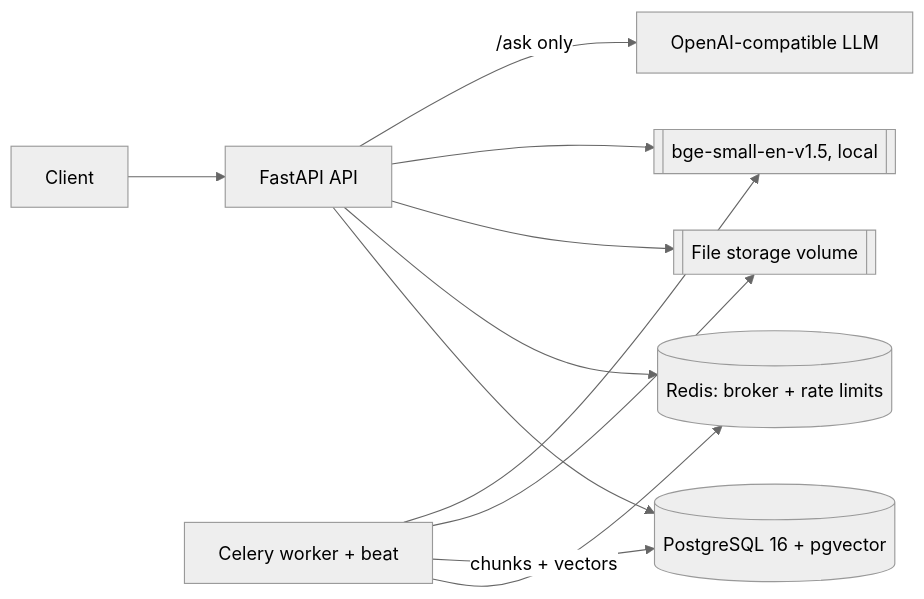
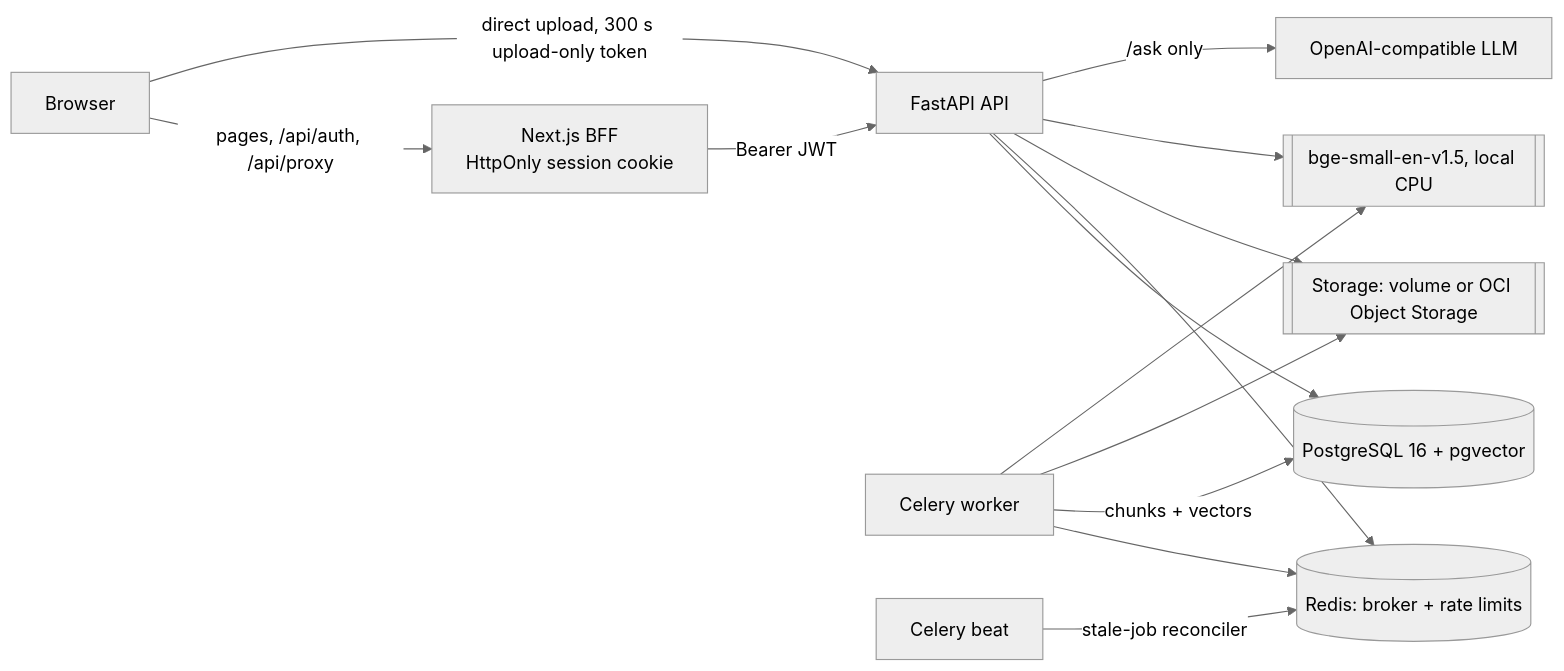
Before and after one commit to shahil5z/document-intelligence-analysis: the diagram in README.md, drawn with Mermaid (neutral theme). The commit also changed other lines of this file and 2 other files, not shown here.

````diff
--- a/README.md
+++ b/README.md
@@ -20,13 +47,16 @@
 ```mermaid
 flowchart LR
-    client[Client] --> api[FastAPI API]
+    user[Browser] -->|pages, /api/auth, /api/proxy| next[Next.js BFF<br/>HttpOnly session cookie]
+    next -->|Bearer JWT| api[FastAPI API]
+    user -->|direct upload, 300 s upload-only token| api
     api --> pg[(PostgreSQL 16 + pgvector)]
     api --> redis[(Redis: broker + rate limits)]
-    api --> storage[[File storage volume]]
-    worker[Celery worker + beat] --> redis
+    api --> files[[Storage: volume or OCI Object Storage]]
+    worker[Celery worker] --> redis
     worker -->|chunks + vectors| pg
-    worker --> storage
-    worker --> model[[bge-small-en-v1.5, local]]
+    worker --> files
+    beat[Celery beat] -->|stale-job reconciler| redis
+    worker --> model[[bge-small-en-v1.5, local CPU]]
     api --> model
     api -->|/ask only| llm[OpenAI-compatible LLM]
 ```
````
